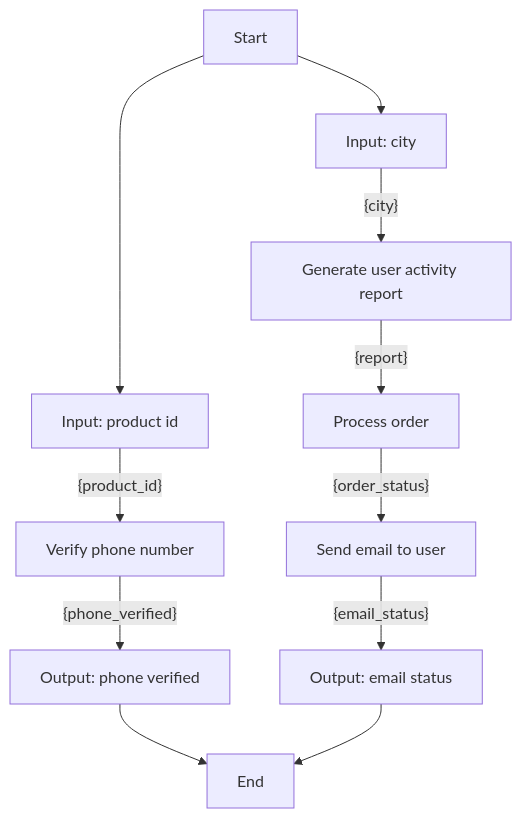
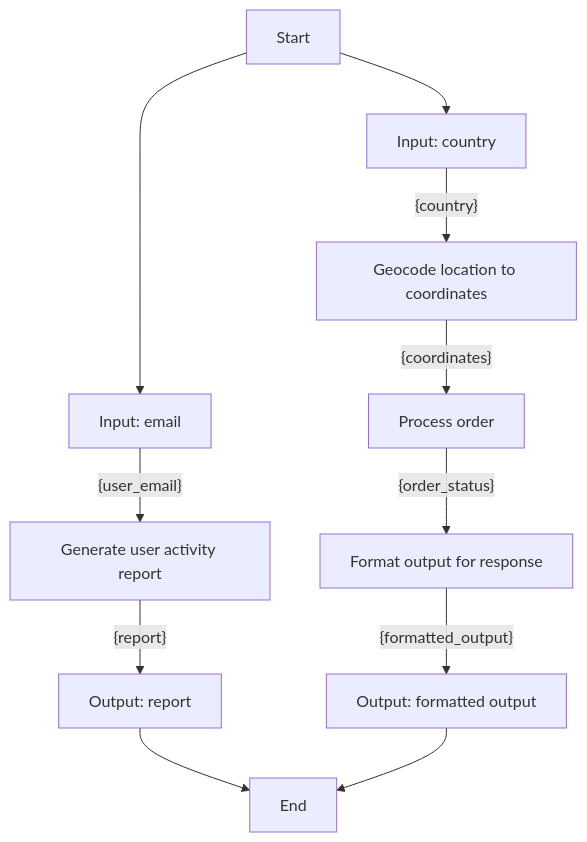
The diagram in poc-dsl-compiler/input/workflows/workflow_5.md (YJ-928/Temporal-Python-SDK), drawn with Mermaid before and after one commit. The commit also changed 46 other files, not shown here.

````diff
--- a/poc-dsl-compiler/input/workflows/workflow_5.md
+++ b/poc-dsl-compiler/input/workflows/workflow_5.md
@@ -1,13 +1,13 @@
 ```mermaid
 graph TD
-    A[Start] --> B[Input: product id]
-    B[Input: product id] -- {product_id} --> C[Verify phone number]
-    C[Verify phone number] -- {phone_verified} --> D[Output: phone verified]
-    D[Output: phone verified] --> J[End]
-    A[Start] --> E[Input: city]
-    E[Input: city] -- {city} --> F[Generate user activity report]
-    F[Generate user activity report] -- {report} --> G[Process order]
-    G[Process order] -- {order_status} --> H[Send email to user]
-    H[Send email to user] -- {email_status} --> I[Output: email status]
-    I[Output: email status] --> J[End]
+    A[Start] --> B[Input: email]
+    B[Input: email] -- {user_email} --> C[Generate user activity report]
+    C[Generate user activity report] -- {report} --> D[Output: report]
+    D[Output: report] --> J[End]
+    A[Start] --> E[Input: country]
+    E[Input: country] -- {country} --> F[Geocode location to coordinates]
+    F[Geocode location to coordinates] -- {coordinates} --> G[Process order]
+    G[Process order] -- {order_status} --> H[Format output for response]
+    H[Format output for response] -- {formatted_output} --> I[Output: formatted output]
+    I[Output: formatted output] --> J[End]
 ```
````
